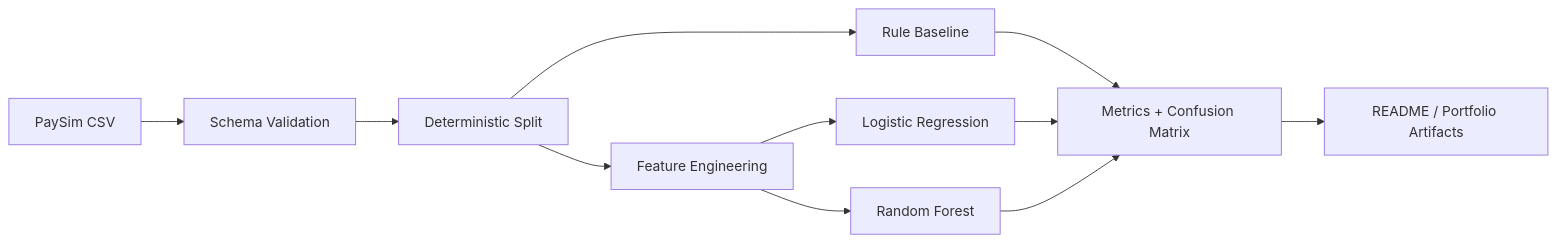
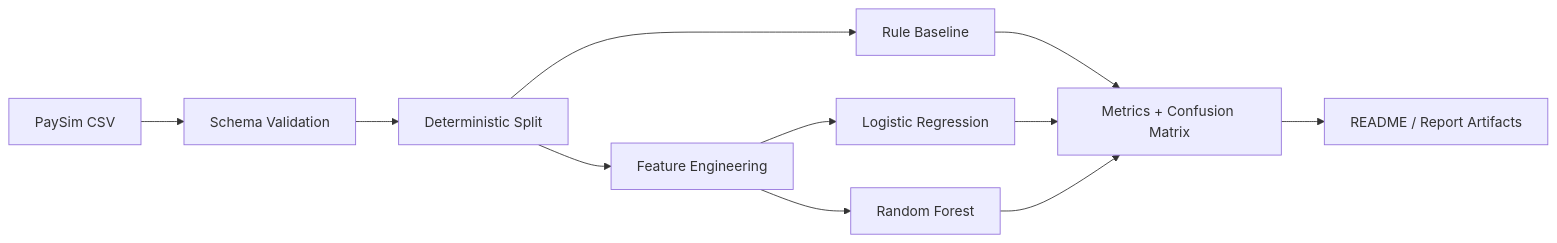
Before and after one commit to lyhoangai/Synthetic-Financial-Datasets-For-Fraud-Detection: the diagram in README.md, drawn with Mermaid. The commit also changed other lines of this file and 14 other files, not shown here.

````diff
--- a/README.md
+++ b/README.md
@@ -26,13 +27,13 @@
 ```mermaid
 flowchart LR
     A["PaySim CSV"] --> B["Schema Validation"]
     B --> C["Deterministic Split"]
     C --> D["Rule Baseline"]
     C --> E["Feature Engineering"]
     E --> F["Logistic Regression"]
     E --> G["Random Forest"]
     D --> H["Metrics + Confusion Matrix"]
     F --> H
     G --> H
-    H --> I["README / Portfolio Artifacts"]
+    H --> I["README / Report Artifacts"]
 ```
````
